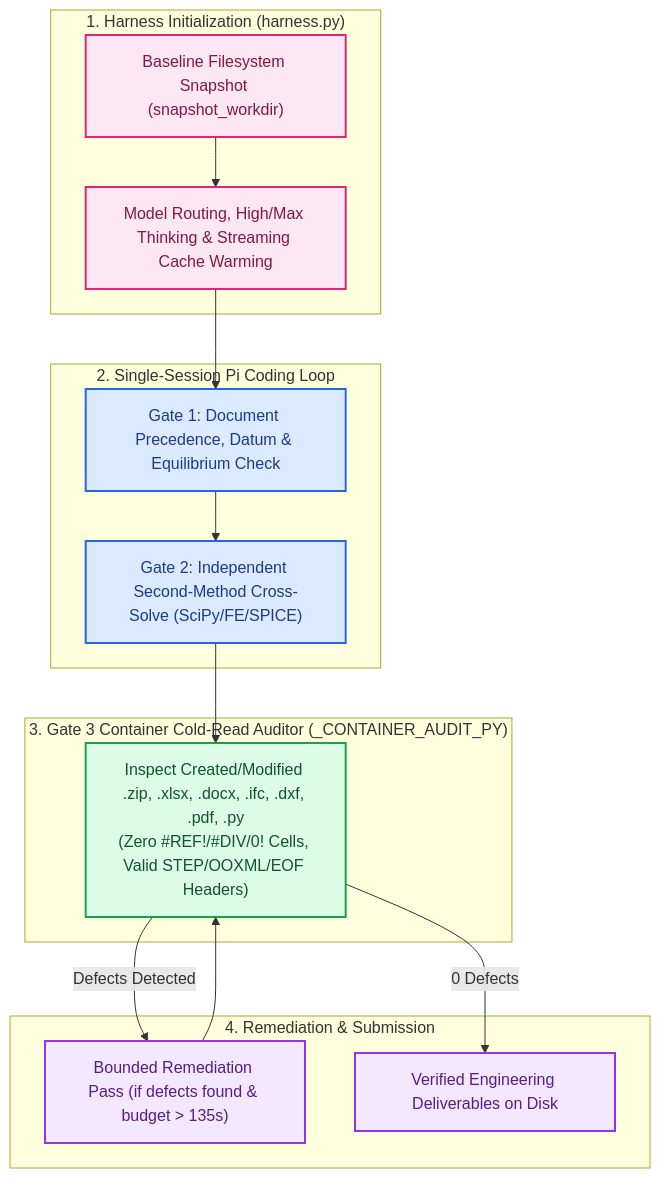
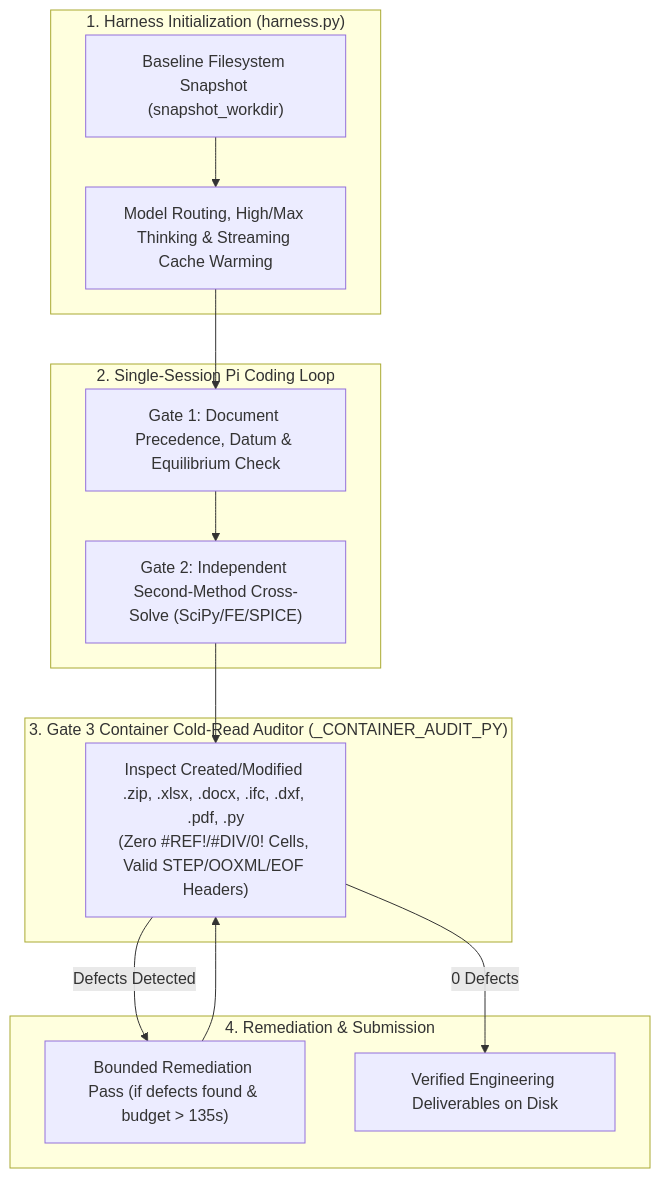
The diagram in README.md (RobinaMirbahar/ple-veriflow-harness), drawn with Mermaid before and after one commit. The commit also changed other lines of this file, not shown here.

Commit message:
docs: revert Mermaid color overrides for crisp native GitHub rendering and consolidate header

````diff
--- a/README.md
+++ b/README.md
@@ -31,29 +29,21 @@
 ```mermaid
 flowchart TD
     subgraph Init ["1. Harness Initialization (harness.py)"]
         I_Snap["Baseline Filesystem Snapshot (snapshot_workdir)"]
         I_Route["Model Routing, High/Max Thinking & Streaming Cache Warming"]
     end
     subgraph Solve ["2. Single-Session Pi Coding Loop"]
         G1["Gate 1: Document Precedence, Datum & Equilibrium Check"]
         G2["Gate 2: Independent Second-Method Cross-Solve (SciPy/FE/SPICE)"]
     end
     subgraph Audit ["3. Gate 3 Container Cold-Read Auditor (_CONTAINER_AUDIT_PY)"]
         G3["Inspect Created/Modified .zip, .xlsx, .docx, .ifc, .dxf, .pdf, .py<br/>(Zero #REF!/#DIV/0! Cells, Valid STEP/OOXML/EOF Headers)"]
     end
     subgraph Out ["4. Remediation & Submission"]
         R_Fix["Bounded Remediation Pass (if defects found & budget > 135s)"]
         O_Pass["Verified Engineering Deliverables on Disk"]
     end
     I_Snap --> I_Route --> G1 --> G2 --> G3
     G3 -->|"Defects Detected"| R_Fix --> G3
     G3 -->|"0 Defects"| O_Pass
-
-    style I_Snap fill:#fce7f3,stroke:#db2777,stroke-width:2px,color:#831843
-    style I_Route fill:#fce7f3,stroke:#db2777,stroke-width:2px,color:#831843
-    style G1 fill:#dbeafe,stroke:#2563eb,stroke-width:2px,color:#1e3a8a
-    style G2 fill:#dbeafe,stroke:#2563eb,stroke-width:2px,color:#1e3a8a
-    style G3 fill:#dcfce7,stroke:#16a34a,stroke-width:2px,color:#14532d
-    style R_Fix fill:#f3e8ff,stroke:#9333ea,stroke-width:2px,color:#581c87
-    style O_Pass fill:#f3e8ff,stroke:#9333ea,stroke-width:2px,color:#581c87
 ```
````
